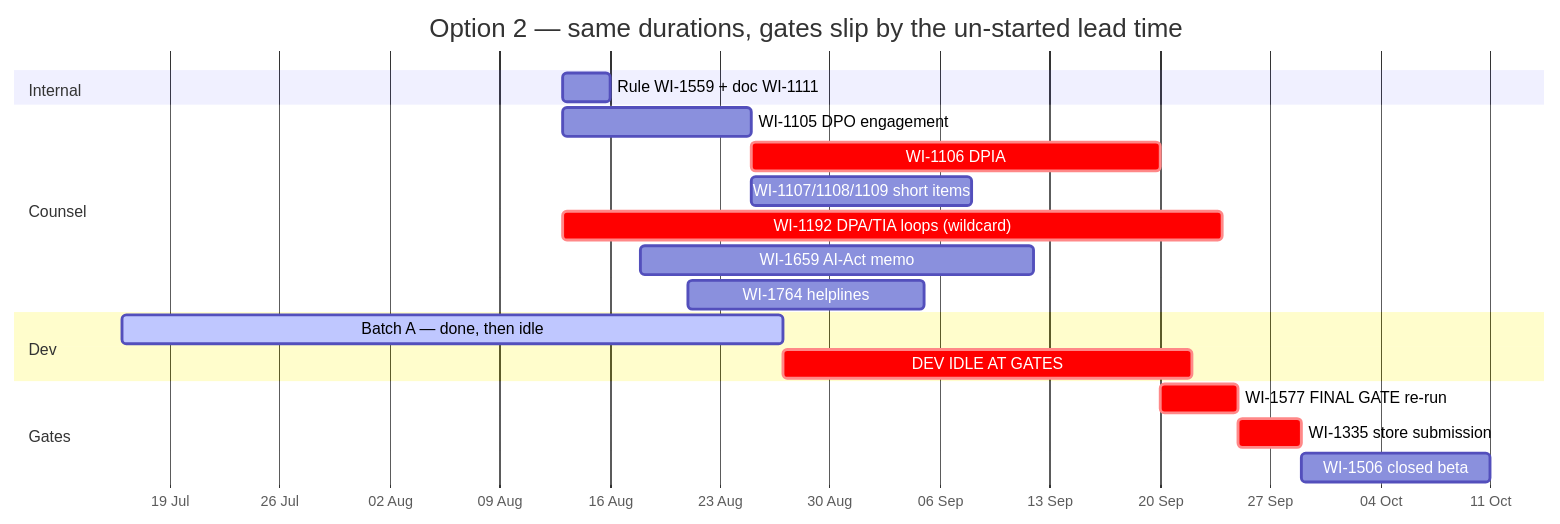
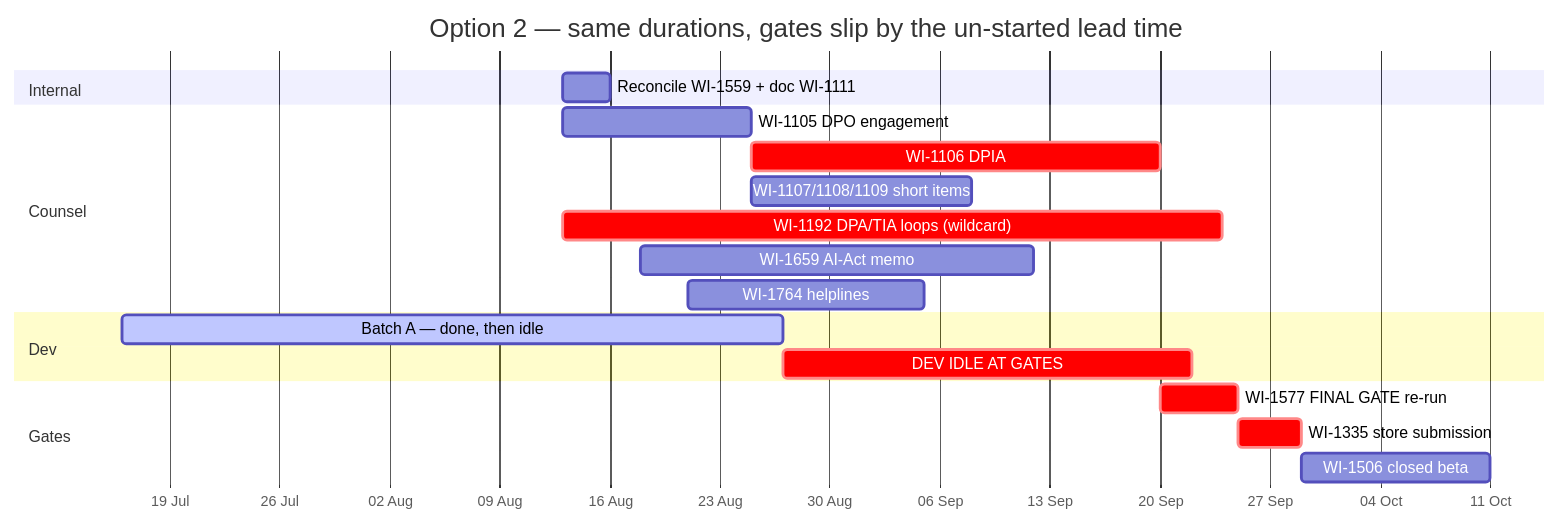
The third of 3 diagrams in _wip/mvp-roadmap/2026-07-15-ld2-options-visual.md (cognoco/eduagent-build), drawn with Mermaid before and after one commit. The commit also changed other lines of this file and 22 other files, not shown here.

````diff
--- a/_wip/mvp-roadmap/2026-07-15-ld2-options-visual.md
+++ b/_wip/mvp-roadmap/2026-07-15-ld2-options-visual.md
@@ -86,22 +88,22 @@
 ```mermaid
 gantt
     title Option 2 — same durations, gates slip by the un-started lead time
     dateFormat YYYY-MM-DD
     axisFormat %d %b
     section Internal
-    Rule WI-1559 + doc WI-1111        :i1, 2026-08-13, 3d
+    Reconcile WI-1559 + doc WI-1111   :i1, 2026-08-13, 3d
     section Counsel
     WI-1105 DPO engagement            :c1, 2026-08-13, 12d
     WI-1106 DPIA                      :crit, c2, after c1, 26d
     WI-1107/1108/1109 short items     :c3, after c1, 14d
     WI-1192 DPA/TIA loops (wildcard)  :crit, c4, 2026-08-13, 42d
     WI-1659 AI-Act memo               :c5, 2026-08-18, 25d
     WI-1764 helplines                 :c6, 2026-08-21, 15d
     section Dev
     Batch A — done, then idle         :active, d1, 2026-07-16, 42d
     DEV IDLE AT GATES                 :crit, d2, 2026-08-27, 26d
     section Gates
     WI-1577 FINAL GATE re-run         :crit, g1, after c2, 5d
     WI-1335 store submission          :crit, g2, after g1, 4d
     WI-1506 closed beta               :g3, after g2, 12d
 ```
````
